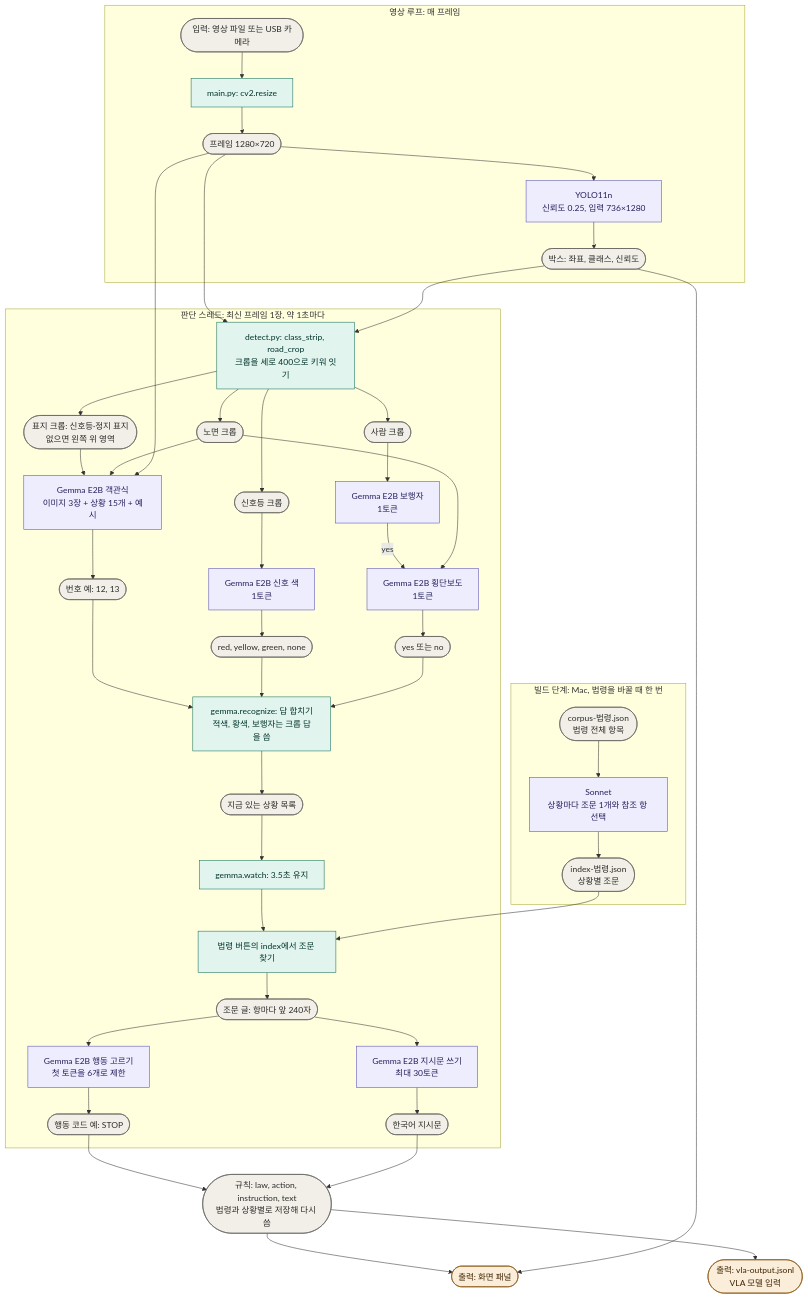
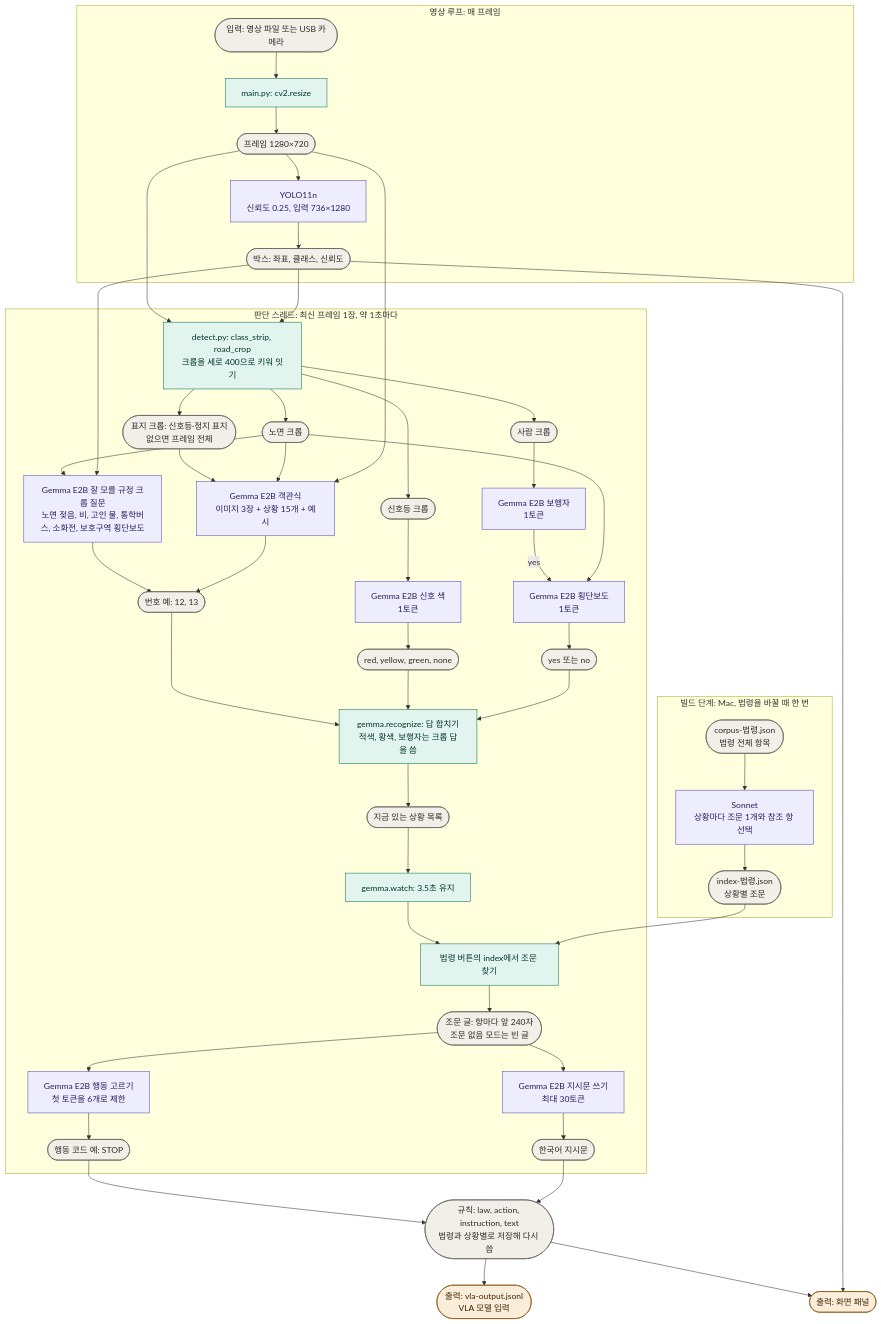
The diagram in Project03/README.md (Nedian0Brien/Vision-LLM-202035152), drawn with Mermaid before and after one commit. The commit also changed other lines of this file and 10 other files, not shown here.

````diff
--- a/Project03/README.md
+++ b/Project03/README.md
@@ -15,57 +15,61 @@
 ```mermaid
 flowchart TD
   subgraph S0["빌드 단계: Mac, 법령을 바꿀 때 한 번"]
     C0(["corpus-법령.json<br/>법령 전체 항목"]):::data --> C1["Sonnet<br/>상황마다 조문 1개와 참조 항 선택"]:::model
     C1 --> IDX(["index-법령.json<br/>상황별 조문"]):::data
   end
   subgraph S1["영상 루프: 매 프레임"]
     IN(["입력: 영상 파일 또는 USB 카메라"]):::data --> RS["main.py: cv2.resize"]:::code
     RS --> FR(["프레임 1280×720"]):::data
     FR --> Y["YOLO11n<br/>신뢰도 0.25, 입력 736×1280"]:::model
     Y --> BX(["박스: 좌표, 클래스, 신뢰도"]):::data
   end
   subgraph S2["판단 스레드: 최신 프레임 1장, 약 1초마다"]
     CP["detect.py: class_strip, road_crop<br/>크롭을 세로 400으로 키워 잇기"]:::code
-    CP --> IA(["표지 크롭: 신호등·정지 표지<br/>없으면 왼쪽 위 영역"]):::data
+    CP --> IA(["표지 크롭: 신호등·정지 표지<br/>없으면 프레임 전체"]):::data
     CP --> IB(["신호등 크롭"]):::data
     CP --> IC(["사람 크롭"]):::data
     CP --> ID(["노면 크롭"]):::data
     G1["Gemma E2B 객관식<br/>이미지 3장 + 상황 15개 + 예시"]:::model
     G2["Gemma E2B 신호 색<br/>1토큰"]:::model
     G3["Gemma E2B 보행자<br/>1토큰"]:::model
     G4["Gemma E2B 횡단보도<br/>1토큰"]:::model
+    G5["Gemma E2B 잘 모를 규정 크롭 질문<br/>노면 젖음, 비, 고인 물, 통학버스, 소화전, 보호구역 횡단보도"]:::model
     IA --> G1
     ID --> G1
     IB --> G2
     IC --> G3
     G3 -- "yes" --> G4
     ID --> G4
+    ID --> G5
+    BX --> G5
+    G5 --> A1
     G1 --> A1(["번호 예: 12, 13"]):::data
     G2 --> A2(["red, yellow, green, none"]):::data
     G4 --> A3(["yes 또는 no"]):::data
     A1 --> MG["gemma.recognize: 답 합치기<br/>적색, 황색, 보행자는 크롭 답을 씀"]:::code
     A2 --> MG
     A3 --> MG
     MG --> FD(["지금 있는 상황 목록"]):::data
     FD --> HD["gemma.watch: 3.5초 유지"]:::code
     HD --> LK["법령 버튼의 index에서 조문 찾기"]:::code
-    LK --> TX(["조문 글: 항마다 앞 240자"]):::data
+    LK --> TX(["조문 글: 항마다 앞 240자<br/>조문 없음 모드는 빈 글"]):::data
     TX --> R1["Gemma E2B 행동 고르기<br/>첫 토큰을 6개로 제한"]:::model
     TX --> R2["Gemma E2B 지시문 쓰기<br/>최대 30토큰"]:::model
     R1 --> AC(["행동 코드 예: STOP"]):::data
     R2 --> IS(["한국어 지시문"]):::data
   end
   AC --> RL(["규칙: law, action, instruction, text<br/>법령과 상황별로 저장해 다시 씀"]):::data
   IS --> RL
   RL --> O1(["출력: vla-output.jsonl<br/>VLA 모델 입력"]):::out
   RL --> O2(["출력: 화면 패널"]):::out
   BX --> O2
   FR --> G1
   FR --> CP
   BX --> CP
   IDX --> LK
   classDef model fill:#EEEDFE,stroke:#534AB7,color:#26215C
   classDef code fill:#E1F5EE,stroke:#0F6E56,color:#04342C
   classDef data fill:#F1EFE8,stroke:#5F5E5A,color:#2C2C2A
   classDef out fill:#FAEEDA,stroke:#854F0B,color:#412402
 ```
````
